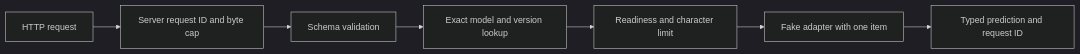
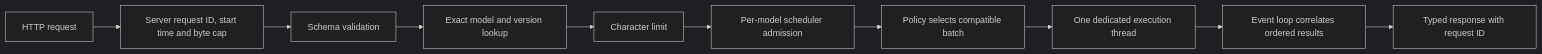
Before and after one commit to kswart04/ml-inference-service: the diagram in docs/ARCHITECTURE.md, drawn with Mermaid (dark theme). The commit also changed other lines of this file and 17 other files, not shown here.

````diff
--- a/docs/ARCHITECTURE.md
+++ b/docs/ARCHITECTURE.md
@@ -23,9 +22,12 @@
 ```mermaid
 flowchart LR
-    A[HTTP request] --> B[Server request ID and byte cap]
+    A[HTTP request] --> B[Server request ID, start time and byte cap]
     B --> C[Schema validation]
     C --> D[Exact model and version lookup]
-    D --> E[Readiness and character limit]
-    E --> F[Fake adapter with one item]
-    F --> G[Typed prediction and request ID]
+    D --> E[Character limit]
+    E --> F[Per-model scheduler admission]
+    F --> G[Policy selects compatible batch]
+    G --> H[One dedicated execution thread]
+    H --> I[Event loop correlates ordered results]
+    I --> J[Typed response with request ID]
 ```
````
